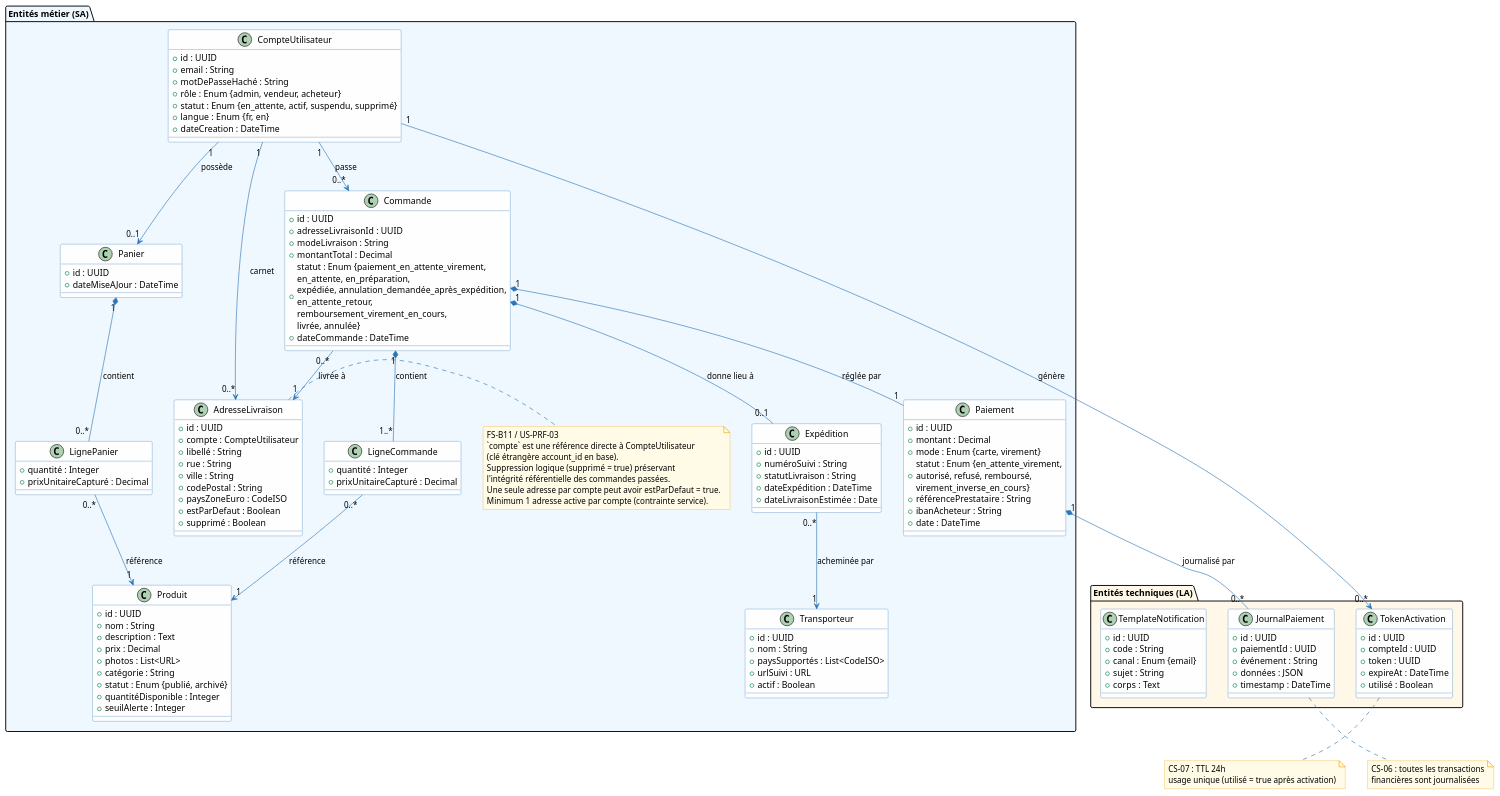
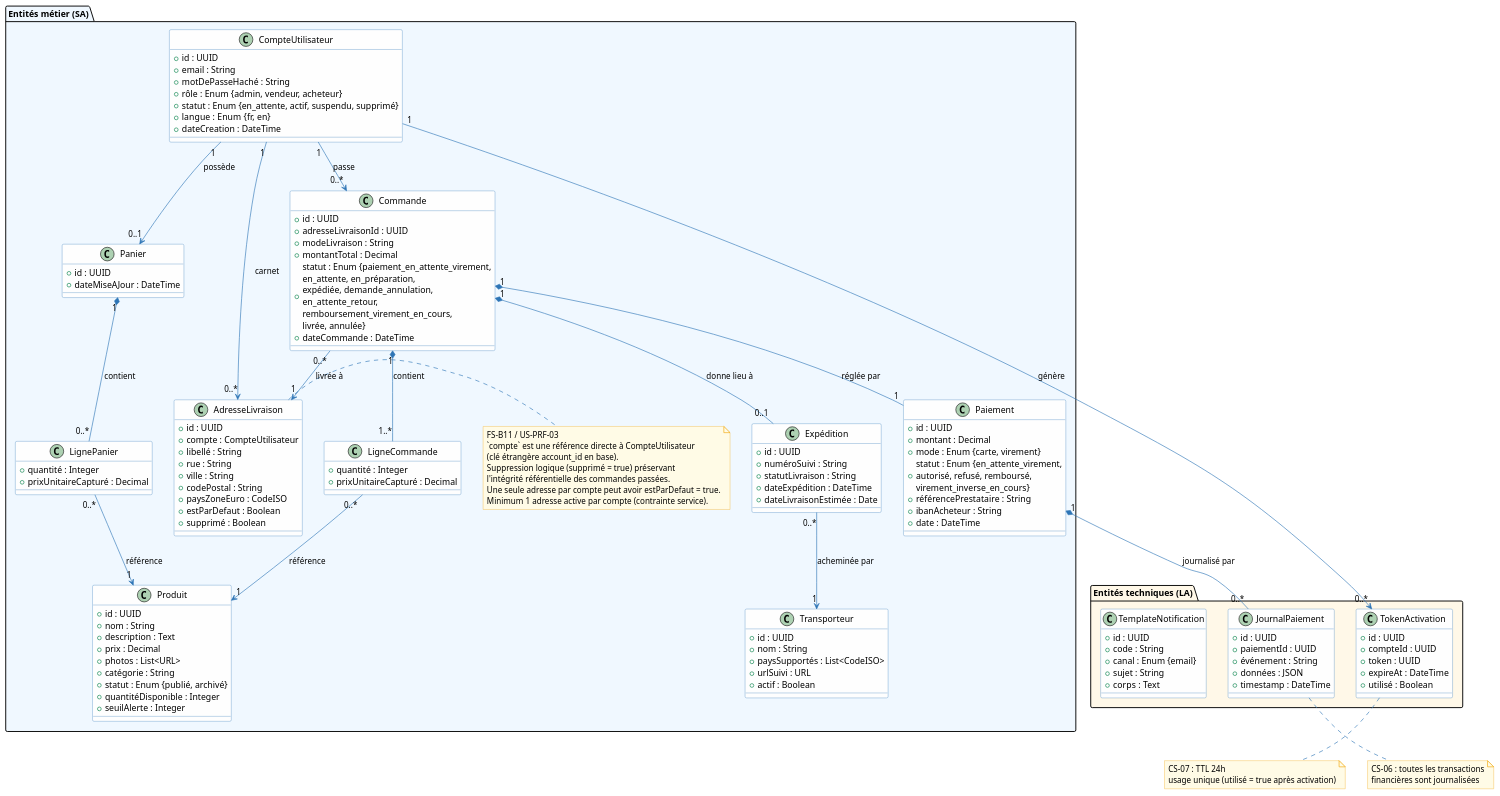
Before and after one commit to louistalvande/online_shop: the seventh of 7 diagrams in architecture/03-logical-architecture/la.adoc, drawn with PlantUML. The commit also changed other lines of this file and 16 other files, not shown here.

```diff
--- a/architecture/03-logical-architecture/la.adoc
+++ b/architecture/03-logical-architecture/la.adoc
@@ -698,7 +698,7 @@
     + adresseLivraisonId : UUID
     + modeLivraison : String
     + montantTotal : Decimal
-    + statut : Enum {paiement_en_attente_virement,\nen_attente, en_préparation,\nexpédiée, annulation_demandée_après_expédition,\nen_attente_retour,\nremboursement_virement_en_cours,\nlivrée, annulée}
+    + statut : Enum {paiement_en_attente_virement,\nen_attente, en_préparation,\nexpédiée, demande_annulation,\nen_attente_retour,\nremboursement_virement_en_cours,\nlivrée, annulée}
     + dateCommande : DateTime
   }
 
```
